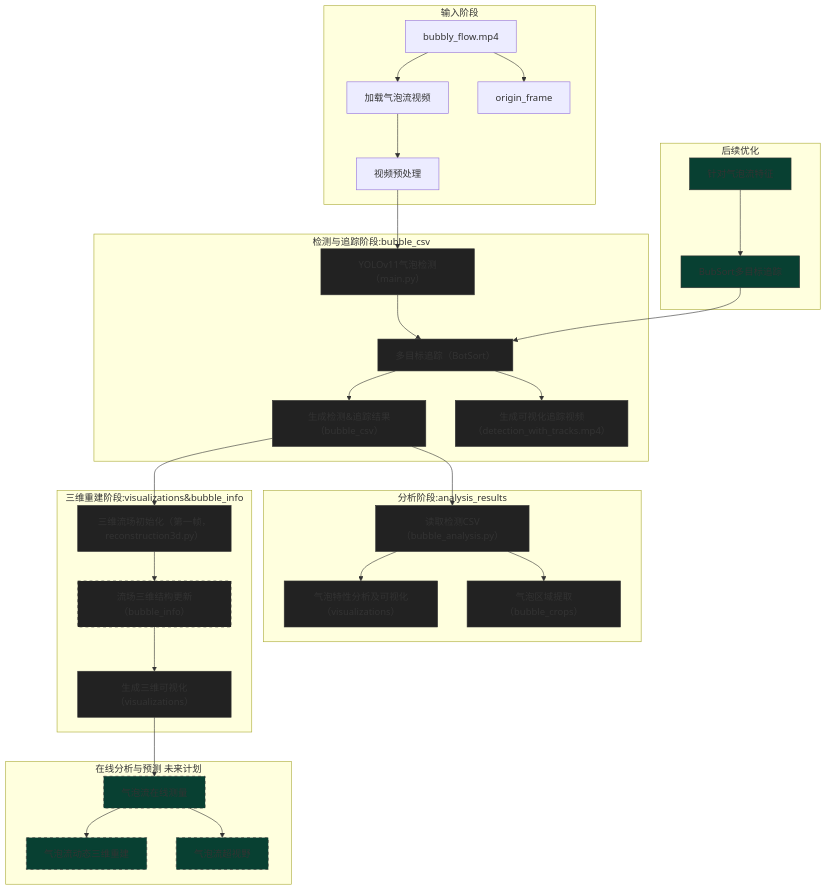
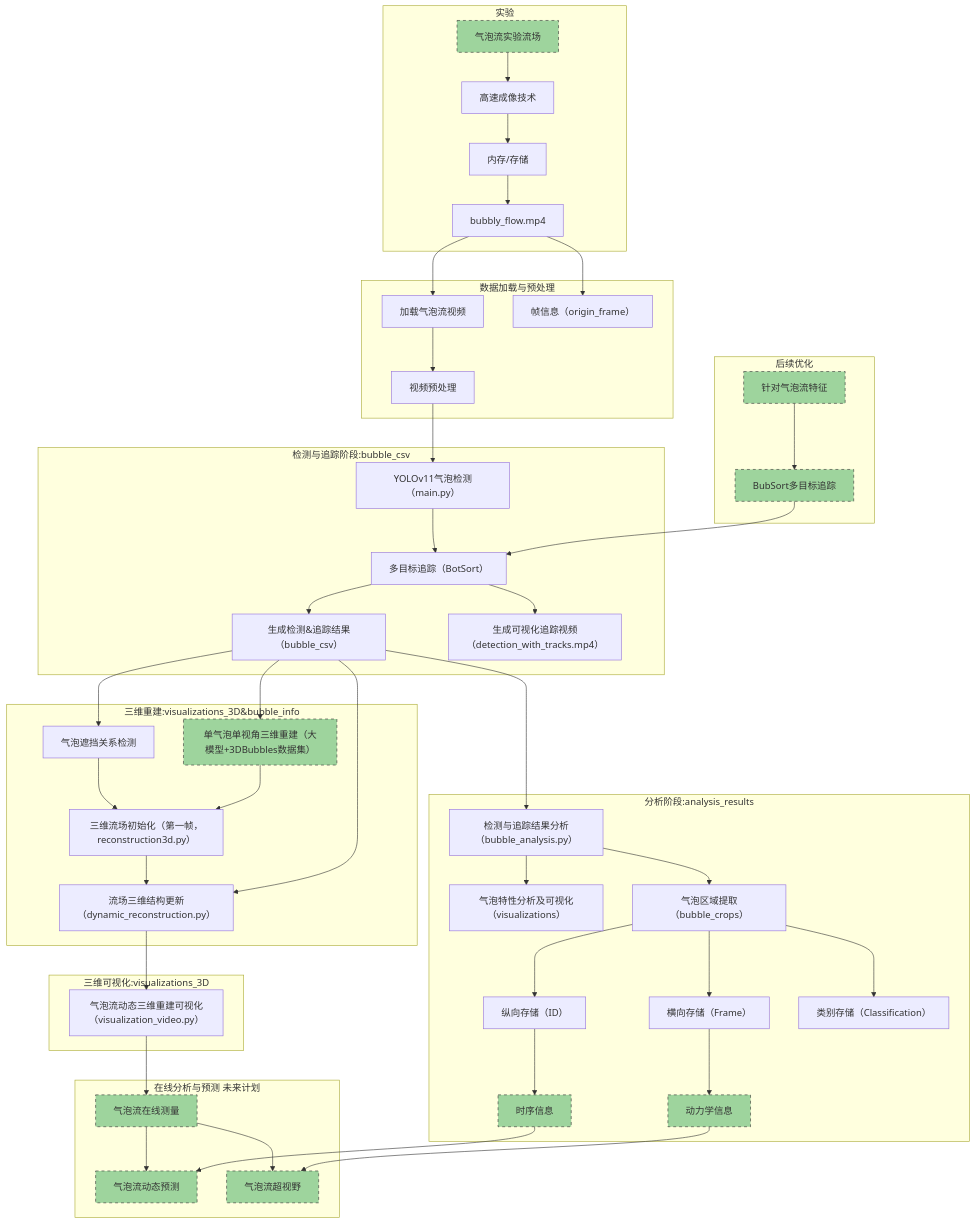
One commit to AI4CT/BFRM changed the first of 2 diagrams in 流程图.md. Above: the diagram before and after it, drawn with Mermaid. The commit also changed other lines of this file and 219 other files, not shown here.

Commit message:
新增三维可视化功能；删除单图像序列读取功能；更新流程图。

````diff
--- a/流程图.md
+++ b/流程图.md
@@ -5,54 +5,68 @@
 ```mermaid
 graph TD
-    subgraph 输入阶段
+    subgraph 实验
+        Z[气泡流实验流场] --> 高速成像技术
+        高速成像技术 --> 内存/存储
+        内存/存储 --> bubbly_flow.mp4
+    end
+
+    subgraph 数据加载与预处理
         bubbly_flow.mp4 --> A1[加载气泡流视频]
-        bubbly_flow.mp4 --> origin_frame
+        bubbly_flow.mp4 --> A11[帧信息（origin_frame）]
         A1 --> B1[视频预处理]
     end
 
     subgraph 后续优化
         A2[针对气泡流特征] --> B2[BubSort多目标追踪]
     end
     
     subgraph 检测与追踪阶段:bubble_csv
         B1 --> C[YOLOv11气泡检测（main.py）]
         C --> D[多目标追踪]
         B2 --> D[多目标追踪（BotSort）]
         D --> E[生成检测&追踪结果（bubble_csv）]
         D --> F[生成可视化追踪视频（detection_with_tracks.mp4）]
     end
     
     subgraph 分析阶段:analysis_results
-        E --> G[读取检测CSV（bubble_analysis.py）]
+        E --> G[检测与追踪结果分析（bubble_analysis.py）]
         G --> I[气泡特性分析及可视化（visualizations）]
         G --> J[气泡区域提取（bubble_crops）]
+        J --> J1[横向存储（Frame）]
+        J --> J2[纵向存储（ID）]
+        J1 --> J11[动力学信息]
+        J2 --> J21[时序信息]
+        J --> J3[类别存储（Classification）]
     end
     
-    subgraph 三维重建阶段:visualizations&bubble_info
-        E --> L[三维流场初始化（第一帧，reconstruction3d.py）]
-        L --> M[流场三维结构更新（bubble_info）]
-        M --> N[生成三维可视化（visualizations）]
+    subgraph 三维重建:visualizations_3D&bubble_info
+        E --> E1[气泡遮挡关系检测]
+        E --> E2[单气泡单视角三维重建（大模型+3DBubbles数据集）]
+        E1 --> L[三维流场初始化（第一帧，reconstruction3d.py）]
+        E2 --> L[三维流场初始化（第一帧，reconstruction3d.py）]
+        L --> M[流场三维结构更新（dynamic_reconstruction.py）]
+        E --> M
     end
     
+    subgraph 三维可视化:visualizations_3D
+        M --> N[气泡流动态三维重建可视化（visualization_video.py）]
+    end
+
     subgraph 在线分析与预测 未来计划
         N --> O[气泡流在线测量]
-        O --> P[气泡流动态三维重建]
+        O --> P[气泡流动态预测]
         O --> Q[气泡流超视野]
+        J11 --> Q
+        J21 --> P
     end
     
-    style C fill:#222222,stroke:#333
-    style D fill:#222222,stroke:#333
-    style E fill:#222222,stroke:#333
-    style F fill:#222222,stroke:#333
-    style G fill:#222222,stroke:#333
-    style A2 fill:#084032,stroke:#333
-    style B2 fill:#084032,stroke:#333
-    style I fill:#222222,stroke:#333
-    style J fill:#222222,stroke:#333
-    style L fill:#222222,stroke:#333
-    style M fill:#222222,stroke:#333,stroke-dasharray: 5 5
-    style N fill:#222222,stroke:#333
-    style O fill:#084032,stroke:#333,stroke-dasharray: 5 5
-    style P fill:#084032,stroke:#333,stroke-dasharray: 5 5
-    style Q fill:#084032,stroke:#333,stroke-dasharray: 5 5
+    style A2 fill:#9ED49D,stroke:#333,stroke-dasharray: 5 5
+    style B2 fill:#9ED49D,stroke:#333,stroke-dasharray: 5 5
+    style E2 fill:#9ED49D,stroke:#333,stroke-dasharray: 5 5
+    style J11 fill:#9ED49D,stroke:#333,stroke-dasharray: 5 5
+    style J21 fill:#9ED49D,stroke:#333,stroke-dasharray: 5 5
+    style O fill:#9ED49D,stroke:#333,stroke-dasharray: 5 5
+    style P fill:#9ED49D,stroke:#333,stroke-dasharray: 5 5
+    style Q fill:#9ED49D,stroke:#333,stroke-dasharray: 5 5
+    style Z fill:#9ED49D,stroke:#333,stroke-dasharray: 5 5
 ```
````
